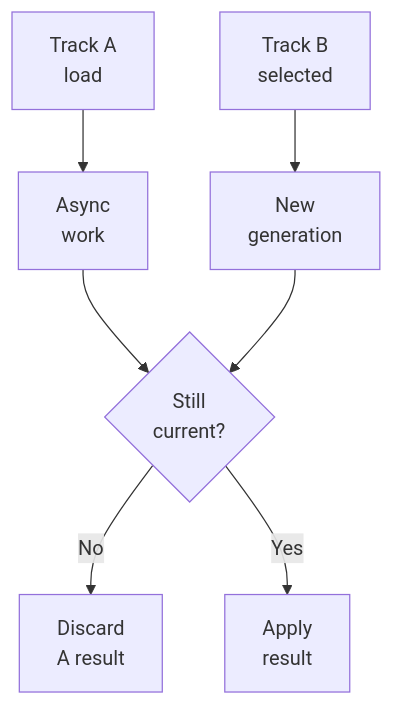
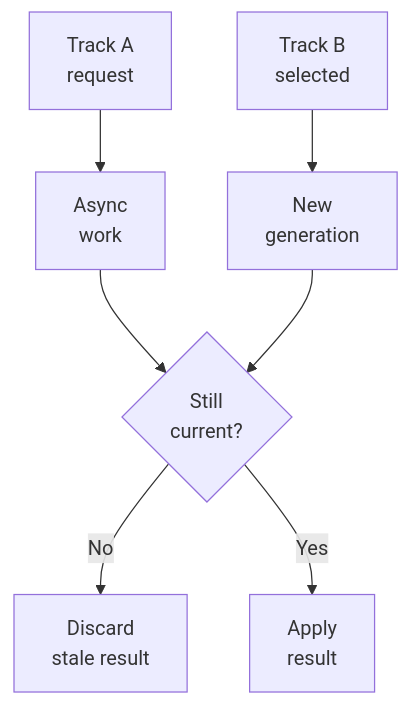
Before and after one commit to wilderruiz/millenova-project: the fourth of 4 diagrams in docs/player/MPLAYER.md, drawn with Mermaid. The commit also changed other lines of this file, not shown here.

````diff
--- a/docs/player/MPLAYER.md
+++ b/docs/player/MPLAYER.md
@@ -64,9 +93,9 @@
 ```mermaid
 flowchart TD
-    A["Track A<br/>load"] --> WAIT["Async<br/>work"]
-    B["Track B<br/>selected"] --> GEN["New<br/>generation"]
+    A["Track A<br/>request"] --> WAIT["Async<br/>work"]
+    B["Track B<br/>selected"] --> NEW["New<br/>generation"]
     WAIT --> CHECK{"Still<br/>current?"}
-    CHECK -->|No| DROP["Discard<br/>A result"]
+    NEW --> CHECK
+    CHECK -->|No| DROP["Discard<br/>stale result"]
     CHECK -->|Yes| USE["Apply<br/>result"]
-    GEN --> CHECK
 ```
````
